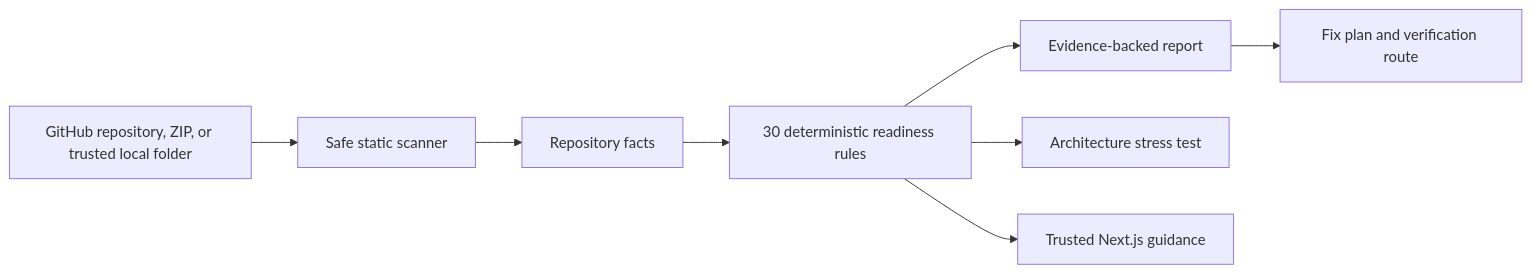
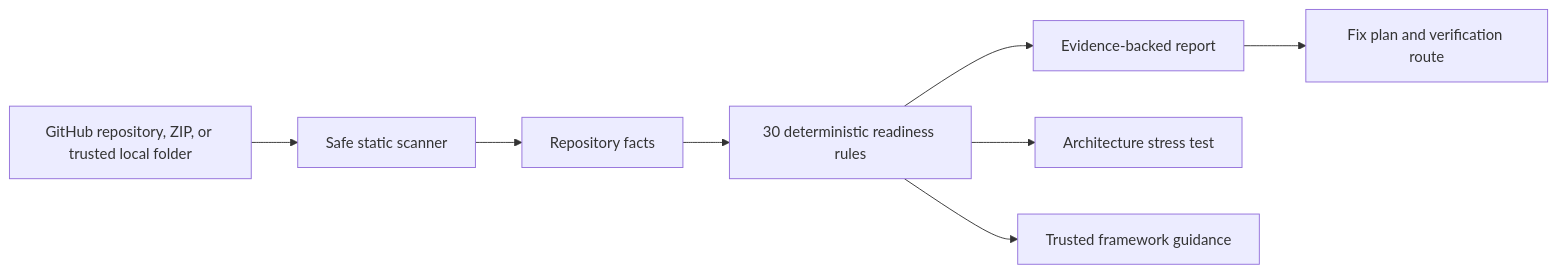
Before and after one commit to Abhinav-0311/Vibe: the diagram in README.md, drawn with Mermaid. The commit also changed other lines of this file and 8 other files, not shown here.

````diff
--- a/README.md
+++ b/README.md
@@ -20,10 +20,10 @@
 ```mermaid
 flowchart LR
   A[GitHub repository, ZIP, or trusted local folder] --> B[Safe static scanner]
   B --> C[Repository facts]
   C --> D[30 deterministic readiness rules]
   D --> E[Evidence-backed report]
   E --> F[Fix plan and verification route]
   D --> G[Architecture stress test]
-  D --> H[Trusted Next.js guidance]
+  D --> H[Trusted framework guidance]
 ```
````
